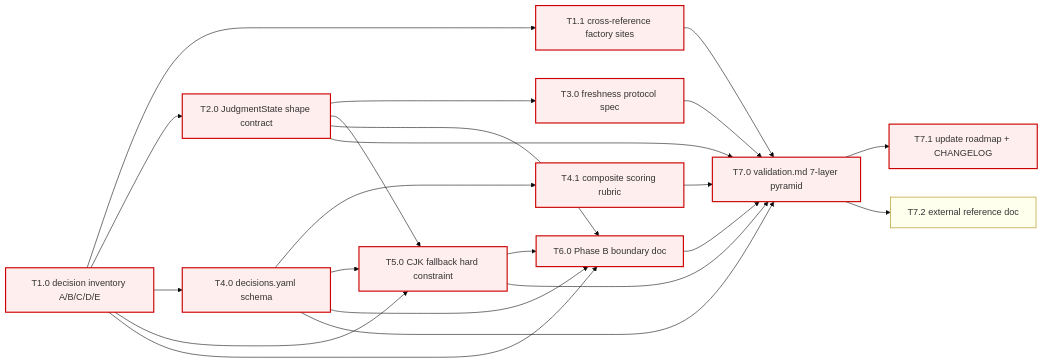
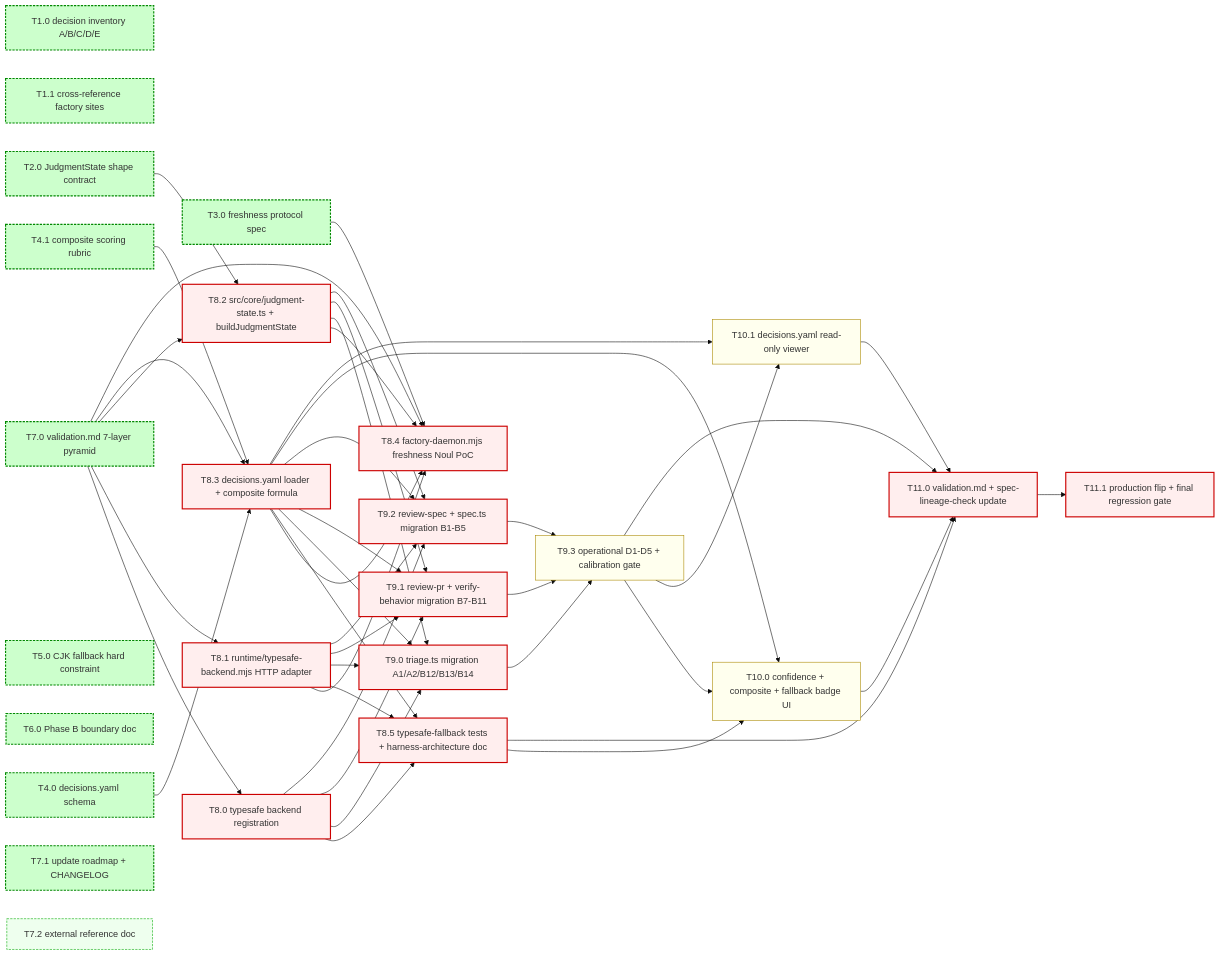
The diagram in specs/2026-09-20-decision-architecture/plan.md (189-sketch/software-factory), drawn with Mermaid (base theme) before and after one commit. The commit also changed other lines of this file and 1 other file, not shown here.

Commit message:
feat(spec): extend decision-architecture plan with Phases B-E (G8-G11)

````diff
--- a/specs/2026-09-20-decision-architecture/plan.md
+++ b/specs/2026-09-20-decision-architecture/plan.md
@@ -19,40 +21,88 @@
 ```mermaid
 flowchart LR
-  T1.0[T1.0 decision inventory A/B/C/D/E]:::P0
-  T1.1[T1.1 cross-reference factory sites]:::P0
-  T2.0[T2.0 JudgmentState shape contract]:::P0
-  T3.0[T3.0 freshness protocol spec]:::P0
-  T4.0[T4.0 decisions.yaml schema]:::P0
-  T4.1[T4.1 composite scoring rubric]:::P0
-  T5.0[T5.0 CJK fallback hard constraint]:::P0
-  T6.0[T6.0 Phase B boundary doc]:::P0
-  T7.0[T7.0 validation.md 7-layer pyramid]:::P0
-  T7.1[T7.1 update roadmap + CHANGELOG]:::P0
-  T7.2[T7.2 external reference doc]:::P1
+  %% Phase A (already complete on main; referenced as input contract for B-E)
+  T1.0[T1.0 decision inventory A/B/C/D/E]:::P0done
+  T1.1[T1.1 cross-reference factory sites]:::P0done
+  T2.0[T2.0 JudgmentState shape contract]:::P0done
+  T3.0[T3.0 freshness protocol spec]:::P0done
+  T4.0[T4.0 decisions.yaml schema]:::P0done
+  T4.1[T4.1 composite scoring rubric]:::P0done
+  T5.0[T5.0 CJK fallback hard constraint]:::P0done
+  T6.0[T6.0 Phase B boundary doc]:::P0done
+  T7.0[T7.0 validation.md 7-layer pyramid]:::P0done
+  T7.1[T7.1 update roadmap + CHANGELOG]:::P0done
+  T7.2[T7.2 external reference doc]:::P1done
 
-  T1.0 --> T1.1
-  T1.0 --> T2.0
-  T2.0 --> T3.0
-  T1.0 --> T4.0
-  T4.0 --> T4.1
-  T1.0 --> T5.0
-  T2.0 --> T5.0
-  T4.0 --> T5.0
-  T1.0 --> T6.0
-  T2.0 --> T6.0
-  T4.0 --> T6.0
-  T5.0 --> T6.0
-  T1.1 --> T7.0
-  T2.0 --> T7.0
-  T3.0 --> T7.0
-  T4.0 --> T7.0
-  T4.1 --> T7.0
-  T5.0 --> T7.0
-  T6.0 --> T7.0
-  T7.0 --> T7.1
-  T7.0 --> T7.2
+  %% Phase B: typesafe adapter + freshness Noul PoC
+  T8.0[T8.0 typesafe backend registration]:::P0
+  T8.1[T8.1 runtime/typesafe-backend.mjs HTTP adapter]:::P0
+  T8.2[T8.2 src/core/judgment-state.ts + buildJudgmentState]:::P0
+  T8.3[T8.3 decisions.yaml loader + composite formula]:::P0
+  T8.4[T8.4 factory-daemon.mjs freshness Noul PoC]:::P0
+  T8.5[T8.5 typesafe-fallback tests + harness-architecture doc]:::P0
+
+  %% Phase C: per-agent migration
+  T9.0[T9.0 triage.ts migration A1/A2/B12/B13/B14]:::P0
+  T9.1[T9.1 review-pr + verify-behavior migration B7-B11]:::P0
+  T9.2[T9.2 review-spec + spec.ts migration B1-B5]:::P0
+  T9.3[T9.3 operational D1-D5 + calibration gate]:::P1
+
+  %% Phase D: UI
+  T10.0[T10.0 confidence + composite + fallback badge UI]:::P1
+  T10.1[T10.1 decisions.yaml read-only viewer]:::P1
+
+  %% Phase E: Production rollout
+  T11.0[T11.0 validation.md + spec-lineage-check update]:::P0
+  T11.1[T11.1 production flip + final regression gate]:::P0
+
+  %% B-E dependencies
+  T7.0 --> T8.0
+  T7.0 --> T8.1
+  T7.0 --> T8.2
+  T2.0 --> T8.2
+  T7.0 --> T8.3
+  T4.0 --> T8.3
+  T4.1 --> T8.3
+  T7.0 --> T8.4
+  T3.0 --> T8.4
+  T8.1 --> T8.4
+  T8.2 --> T8.4
+  T8.3 --> T8.4
+  T8.1 --> T8.5
+  T8.3 --> T8.5
+  T8.0 --> T8.5
+
+  T8.0 --> T9.0
+  T8.1 --> T9.0
+  T8.2 --> T9.0
+  T8.3 --> T9.0
+  T8.0 --> T9.1
+  T8.1 --> T9.1
+  T8.2 --> T9.1
+  T8.3 --> T9.1
+  T8.0 --> T9.2
+  T8.1 --> T9.2
+  T8.2 --> T9.2
+  T8.3 --> T9.2
+  T9.0 --> T9.3
+  T9.1 --> T9.3
+  T9.2 --> T9.3
+
+  T9.3 --> T10.0
+  T8.3 --> T10.0
+  T8.5 --> T10.0
+  T9.3 --> T10.1
+  T8.3 --> T10.1
+
+  T10.0 --> T11.0
+  T10.1 --> T11.0
+  T9.3 --> T11.0
+  T8.5 --> T11.0
+  T11.0 --> T11.1
 
 classDef P0 fill:#fee,stroke:#c00,stroke-width:2px;
 classDef P1 fill:#ffe,stroke:#a80;
 classDef P2 fill:#eef,stroke:#66c;
+classDef P0done fill:#cfc,stroke:#080,stroke-width:2px,stroke-dasharray: 4 2;
+classDef P1done fill:#efe,stroke:#0a0,stroke-dasharray: 4 2;
 ```
````
